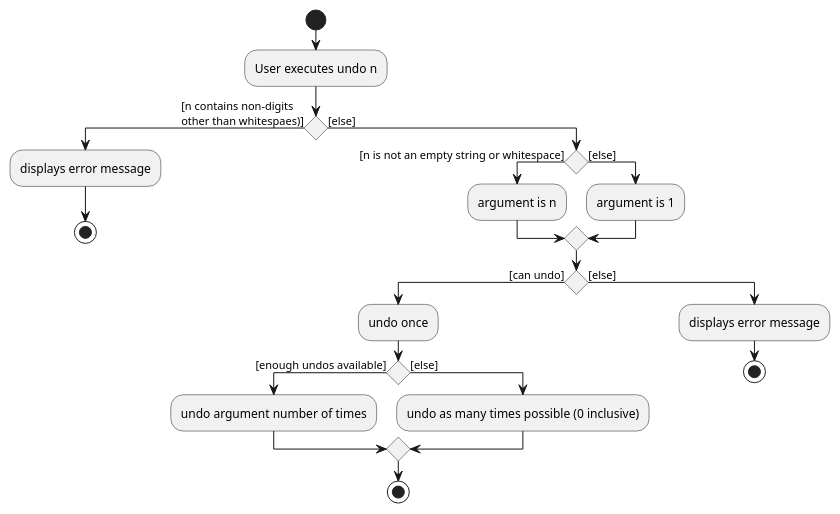
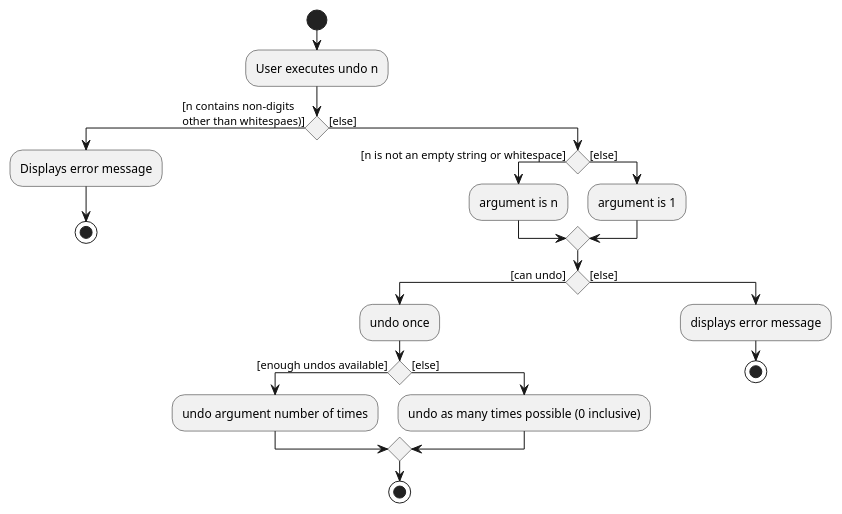
One commit to nus-cs2103-AY2223S2/tp changed the diagram in docs/diagrams/UndoActivityDiagram.puml. Above: the diagram before and after it, drawn with PlantUML.

```diff
--- a/docs/diagrams/UndoActivityDiagram.puml
+++ b/docs/diagrams/UndoActivityDiagram.puml
@@ -1,28 +1,28 @@
 @startuml
 'https://plantuml.com/activity-diagram-beta
 
 start
 :User executes undo n;
 if () then ([n contains non-digits \nother than whitespaes)])
-    :displays error message;
+    :Displays error message;
     stop
 else ([else])
     if () then ([n is not an empty string or whitespace])
         :argument is n;
     else ([else])
         :argument is 1;
     endif
     if () then ([can undo])
         :undo once;
         if () then ([enough undos available])
         :undo argument number of times;
         else ([else])
         :undo as many times possible (0 inclusive);
         endif
         stop
     else ([else])
         :displays error message;
         stop
 
 
 @enduml
```
